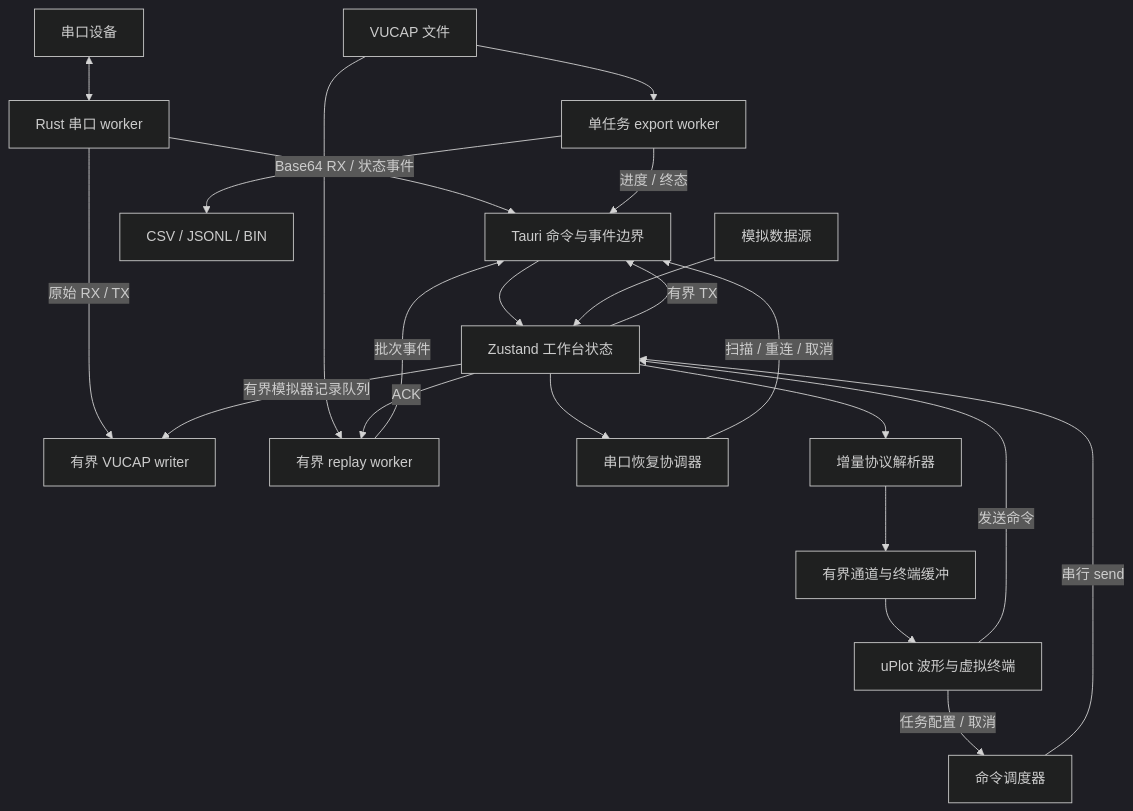
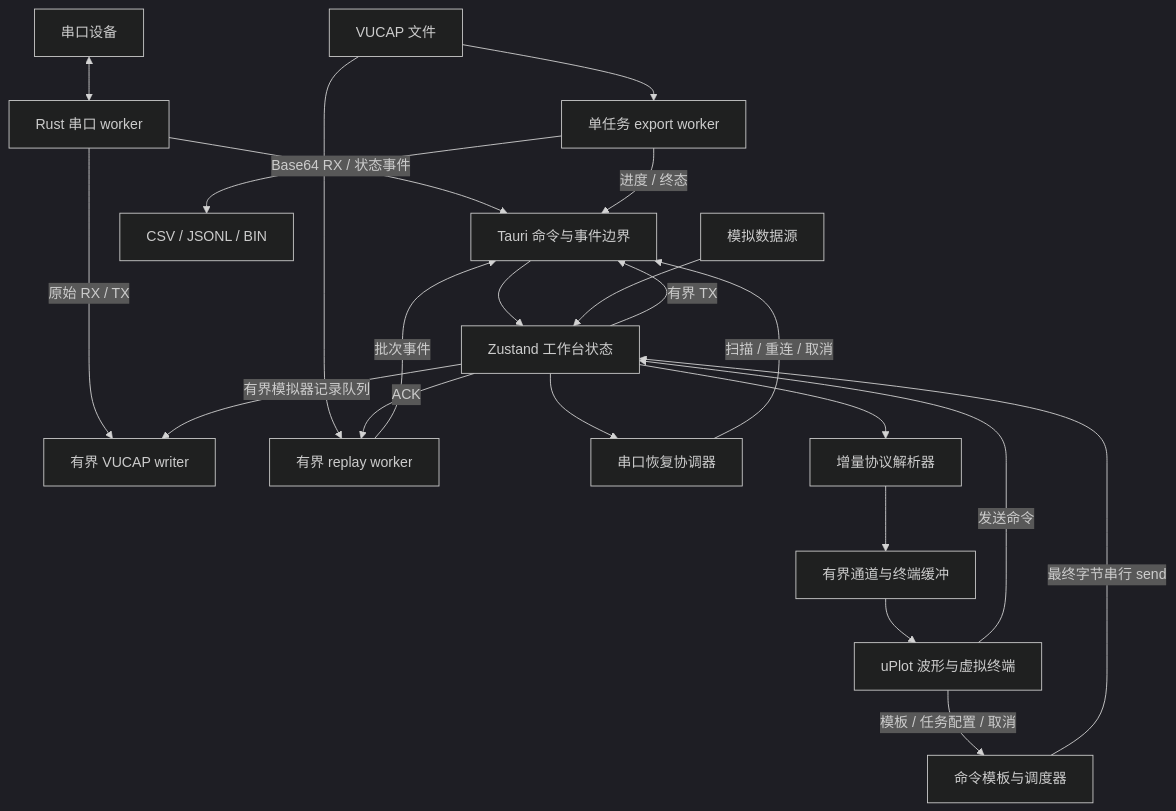
Before and after one commit to woai66/Vofa-Ultra: the first of 2 diagrams in docs/architecture.md, drawn with Mermaid (dark theme). The commit also changed other lines of this file and 14 other files, not shown here.

````diff
--- a/docs/architecture.md
+++ b/docs/architecture.md
@@ -8,24 +8,24 @@
 ```mermaid
 flowchart TB
     Device[串口设备] <--> Worker[Rust 串口 worker]
     Worker -->|Base64 RX / 状态事件| Bridge[Tauri 命令与事件边界]
     Worker -->|原始 RX / TX| Recorder[有界 VUCAP writer]
     CaptureFile[VUCAP 文件] --> Replayer[有界 replay worker]
     CaptureFile --> Exporter[单任务 export worker]
     Exporter --> ExportFile[CSV / JSONL / BIN]
     Exporter -->|进度 / 终态| Bridge
     Replayer -->|批次事件| Bridge
     Store -->|ACK| Replayer
     Bridge --> Store[Zustand 工作台状态]
     Store --> Recovery[串口恢复协调器]
     Recovery -->|扫描 / 重连 / 取消| Bridge
     Store --> Parsers[增量协议解析器]
     Parsers --> Buffers[有界通道与终端缓冲]
     Buffers --> Views[uPlot 波形与虚拟终端]
-    Views -->|任务配置 / 取消| Commands[命令调度器]
-    Commands -->|串行 send| Store
+    Views -->|模板 / 任务配置 / 取消| Commands[命令模板与调度器]
+    Commands -->|最终字节串行 send| Store
     Simulator[模拟数据源] --> Store
     Store -->|有界模拟器记录队列| Recorder
     Views -->|发送命令| Store
     Store -->|有界 TX| Bridge
 ```
````
